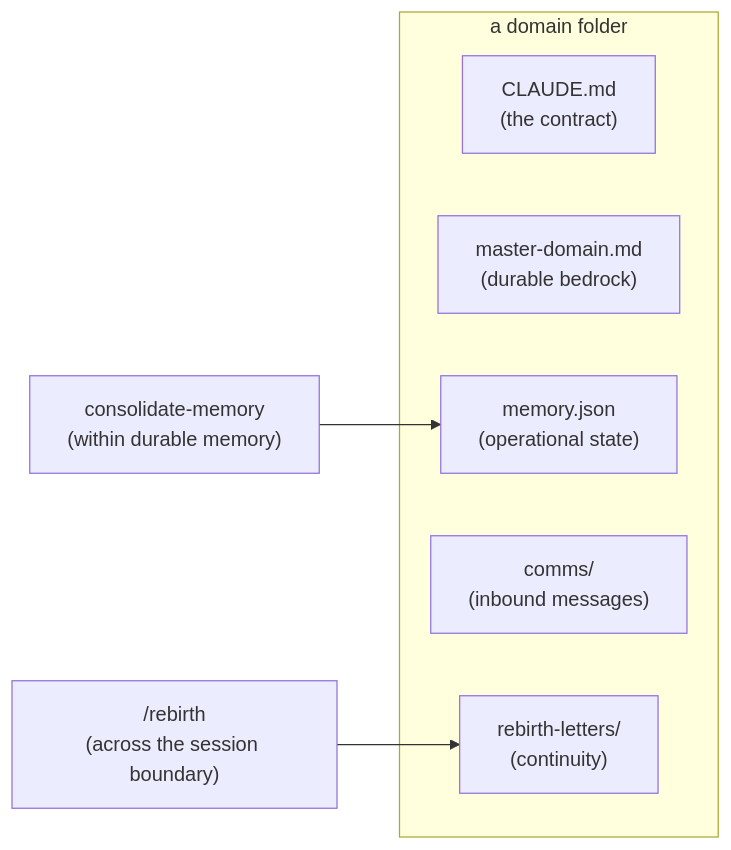
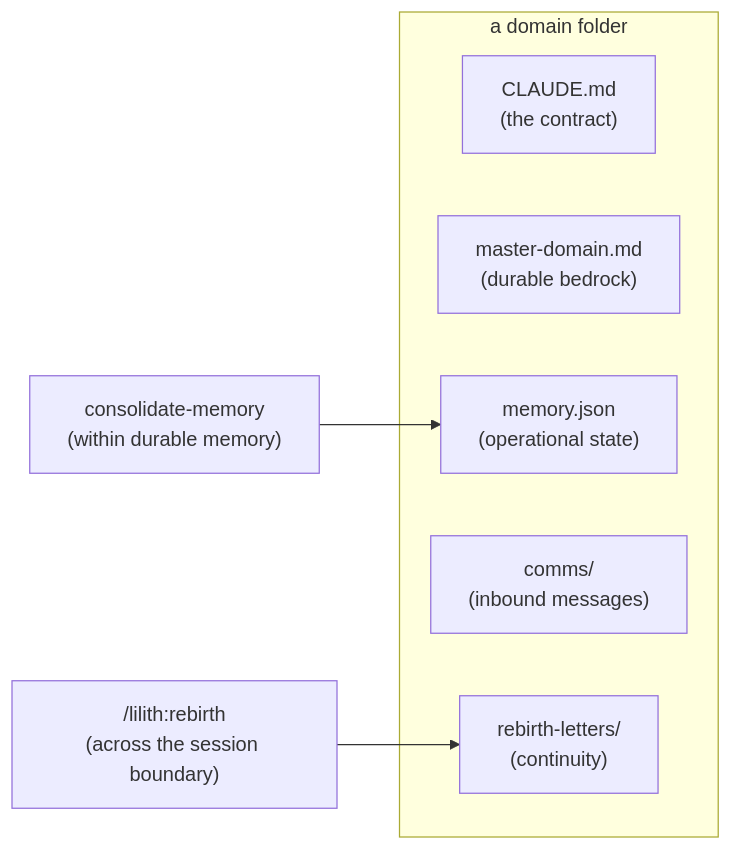
One commit to LilithLabs/lilith changed the third of 3 diagrams in docs/architecture.md. Above: the diagram before and after it, drawn with Mermaid. The commit also changed other lines of this file and 17 other files, not shown here.

````diff
--- a/docs/architecture.md
+++ b/docs/architecture.md
@@ -93,12 +93,12 @@
 ```mermaid
 graph LR
     subgraph Domain["a domain folder"]
       CL["CLAUDE.md<br/>(the contract)"]
       MA["master-domain.md<br/>(durable bedrock)"]
       ME["memory.json<br/>(operational state)"]
       CO["comms/<br/>(inbound messages)"]
       RL["rebirth-letters/<br/>(continuity)"]
     end
-    RB["/rebirth<br/>(across the session boundary)"] --> RL
+    RB["/lilith:rebirth<br/>(across the session boundary)"] --> RL
     CM["consolidate-memory<br/>(within durable memory)"] --> ME
 ```
````
